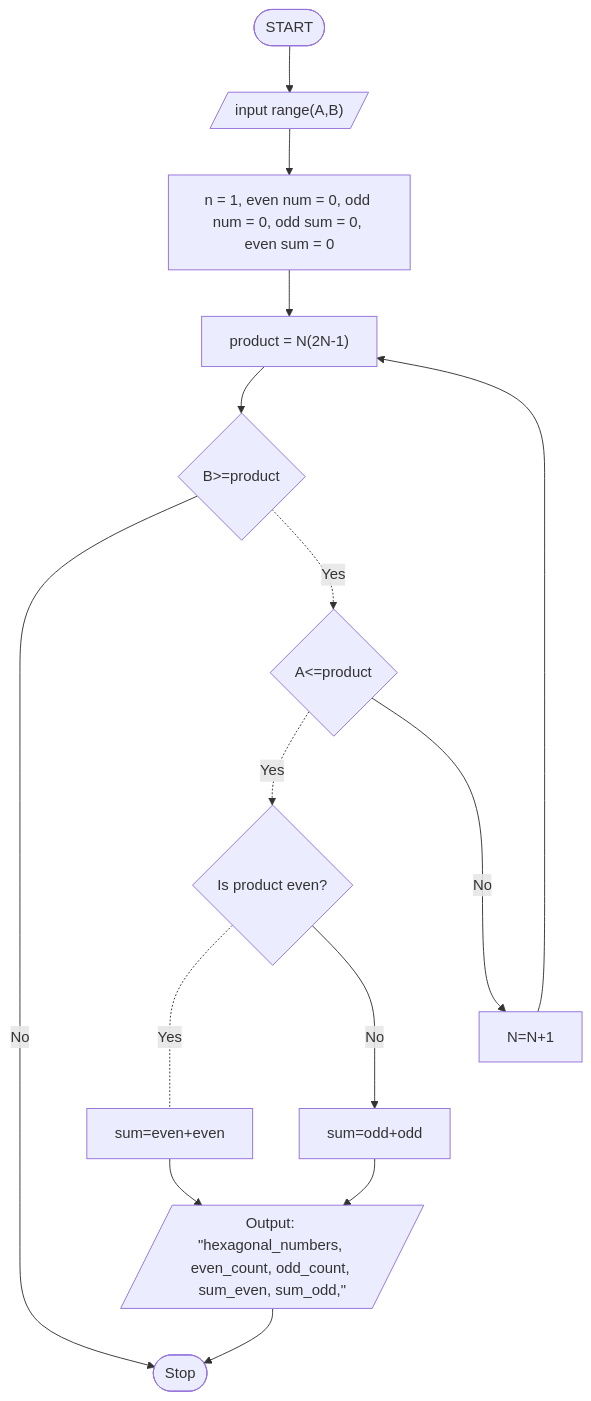
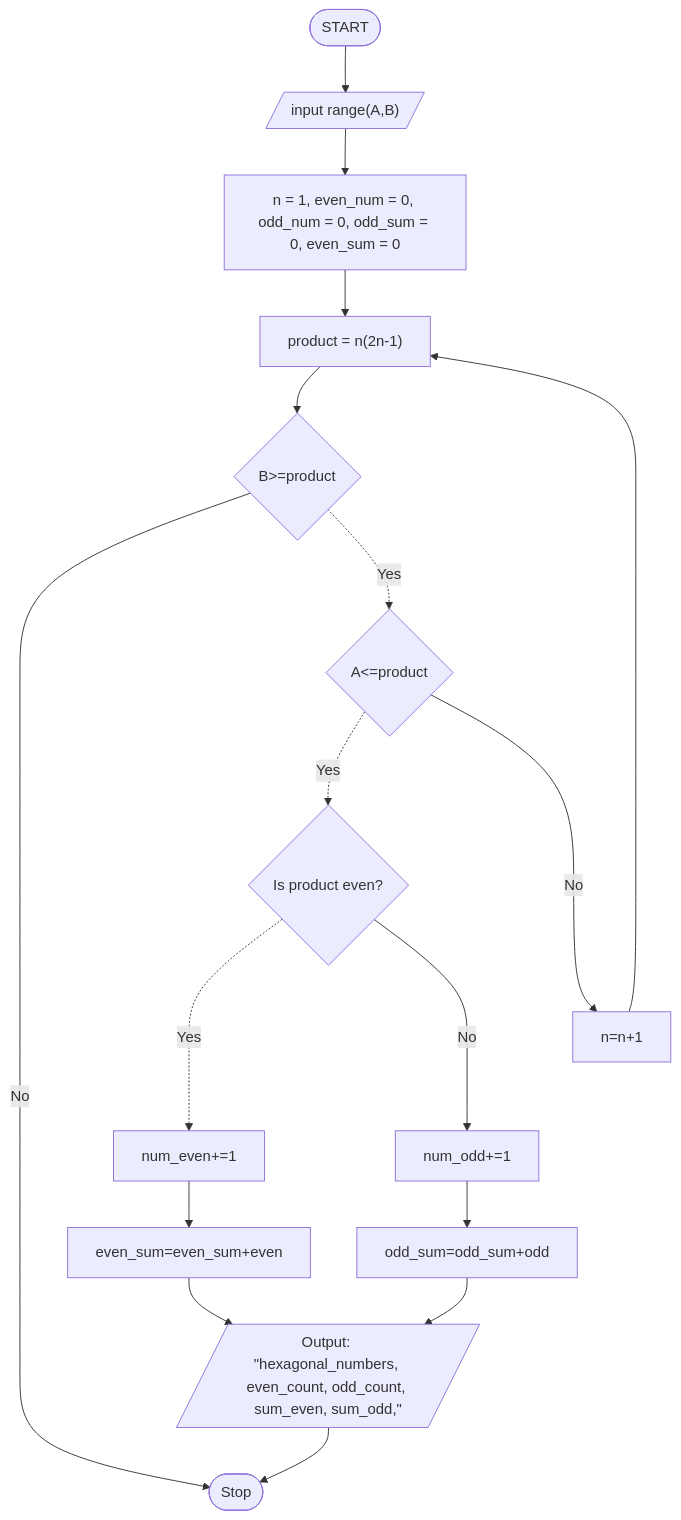
One commit to gtugaw/comp1236project changed the diagram in flowchart/task1.md. Above: the diagram before and after it, drawn with Mermaid.

````diff
--- a/flowchart/task1.md
+++ b/flowchart/task1.md
@@ -8,18 +8,20 @@
 ```mermaid
 flowchart TD
     A([START]) 
     A --> B[/"input range(A,B)"/]
-    B --> C["n = 1, even num = 0, odd num = 0, odd sum = 0, even sum = 0"]
-    C --> D["product = N(2N-1)"]
+    B --> C["n = 1, even_num = 0, odd_num = 0, odd_sum = 0, even_sum = 0"]
+    C --> D["product = n(2n-1)"]
     D --> E{"B>=product"}
     E --Noo--> N
     E -.Yes.-> G{"A<=product"}
     G -.Yes.-> H{"Is product even?"}
-    G --Noo--> I["N=N+1"]
+    G --Noo--> I["n=n+1"]
     I --> D
-    H -.Yes.- J["sum=even+even"]
-    H --Noo--> K["sum=odd+odd"]
+    H -.Yes.-> Z["num_even+=1"]
+    H --Noo--> Y["num_odd+=1"]
+    Z --> J["even_sum=even_sum+even"]
+    Y --> K["odd_sum=odd_sum+odd"]
     K --> M
     J --> M[/Output: "hexagonal_numbers, even_count, odd_count, sum_even, sum_odd,"/] 
     M --> N([Stop])
 ```
````
